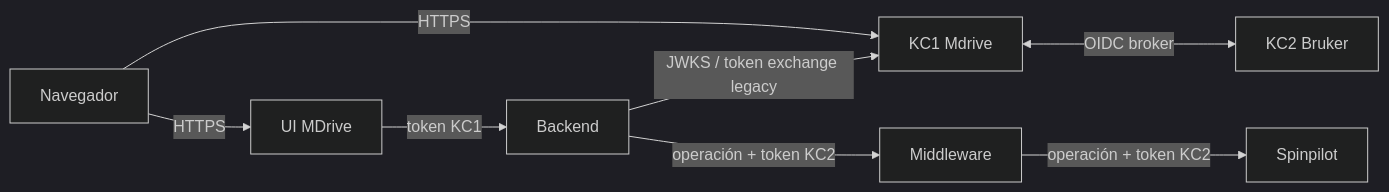
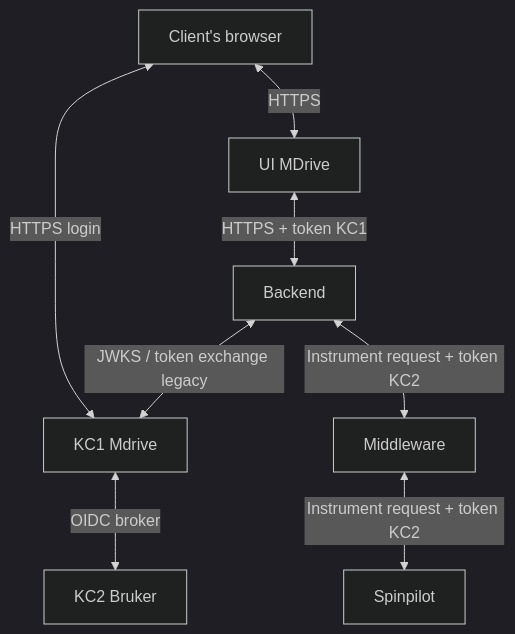
One commit to FRialMestre/git-gitlab.mestrelab.local-f.rial_rodriguez-mdrive2-poc changed the diagram in ANALYSIS-ENTORNO-REAL.md. Above: the diagram before and after it, drawn with Mermaid (dark theme). The commit also changed other lines of this file and 8 other files, not shown here.

````diff
--- a/ANALYSIS-ENTORNO-REAL.md
+++ b/ANALYSIS-ENTORNO-REAL.md
@@ -9,10 +9,18 @@
 ```mermaid
-flowchart LR
-    U[Navegador] -->|HTTPS| UI[UI MDrive]
-    U -->|HTTPS| KC1[KC1 Mdrive]
-    UI -->|token KC1| B[Backend]
-    B -->|JWKS / token exchange legacy| KC1
-    KC1 <-->|OIDC broker| KC2[KC2 Bruker]
-    B -->|operación + token KC2| MW[Middleware]
-    MW -->|operación + token KC2| SP[Spinpilot]
+flowchart TB
+    U[Client's browser]
+    UI[UI MDrive]
+    KC1[KC1 Mdrive]
+    B[Backend]
+    KC2[KC2 Bruker]
+    MW[Middleware]
+    SP[Spinpilot]
+
+    U <-->|HTTPS| UI
+    U <-->|HTTPS login| KC1
+    UI <-->|HTTPS + token KC1| B
+    B <-->|JWKS / token exchange legacy| KC1
+    KC1 <-->|OIDC broker| KC2
+    B <-->|Instrument request + token KC2| MW
+    MW <-->|Instrument request + token KC2| SP
 ```
````
